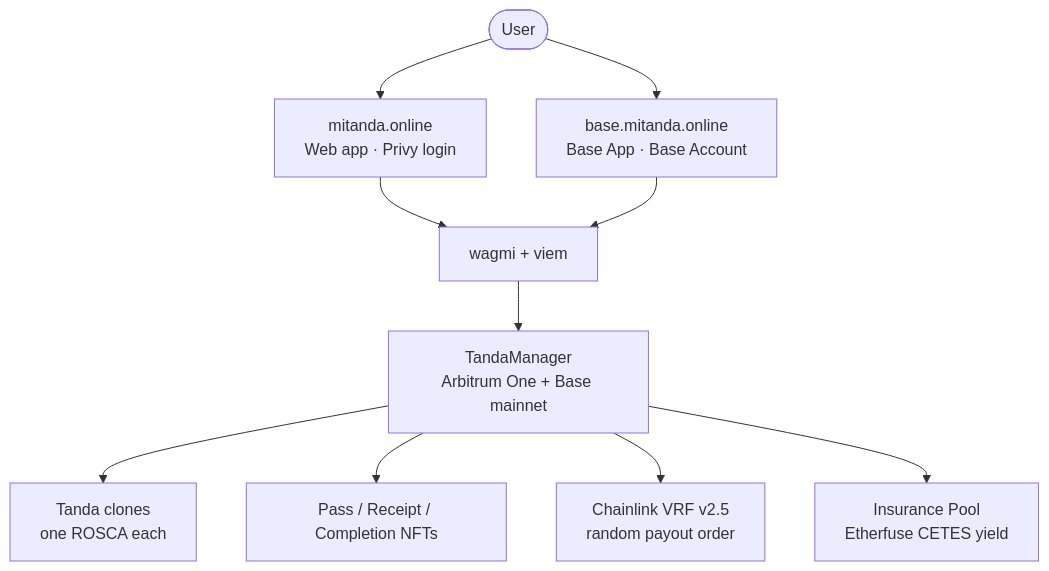
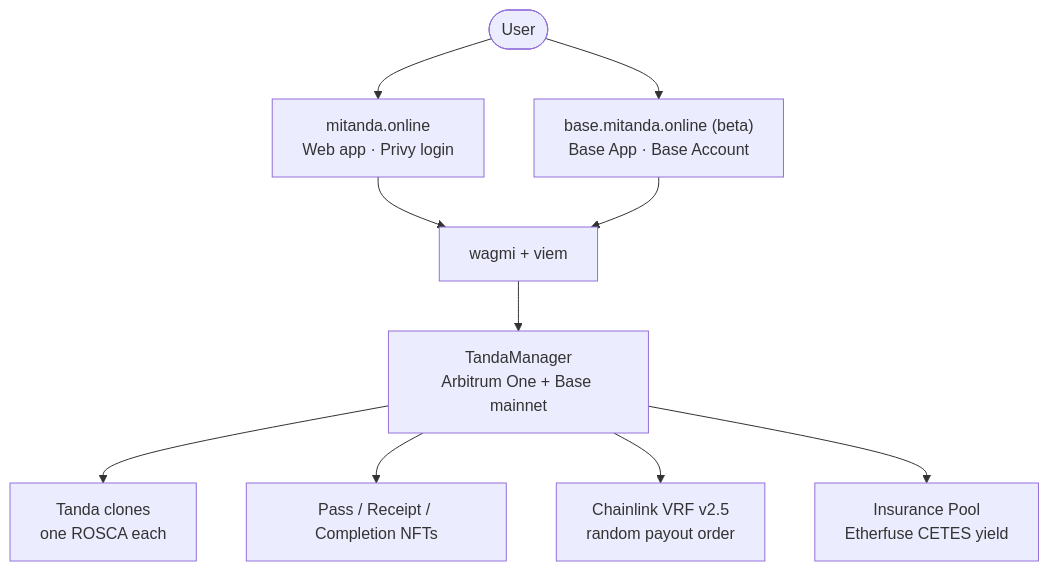
Before and after one commit to GeObts/mitanda-app: the diagram in README.md, drawn with Mermaid. The commit also changed other lines of this file and 1 other file, not shown here.

Commit message:
docs: mark Base App build as Beta
The Base App build is in active beta (Solana adapter regressions being
stabilized post-hackathon). Append a beta qualifier next to every
base.mitanda.online reference in README + project context, and soften the
status line to "active beta". Website URL (mitanda.online) and the dual-build
story are unchanged.

````diff
--- a/README.md
+++ b/README.md
@@ -30,17 +30,17 @@
 ```mermaid
 flowchart TD
     User([User])
 
     User --> Web["mitanda.online<br/>Web app · Privy login"]
-    User --> BaseApp["base.mitanda.online<br/>Base App · Base Account"]
+    User --> BaseApp["base.mitanda.online (beta)<br/>Base App · Base Account"]
 
     Web --> SDK["wagmi + viem"]
     BaseApp --> SDK
 
     SDK --> Manager["TandaManager<br/>Arbitrum One + Base mainnet"]
 
     Manager --> Clones["Tanda clones<br/>one ROSCA each"]
     Manager --> NFTs["Pass / Receipt / Completion NFTs"]
     Manager --> VRF["Chainlink VRF v2.5<br/>random payout order"]
     Manager --> Insurance["Insurance Pool<br/>Etherfuse CETES yield"]
 ```
````
